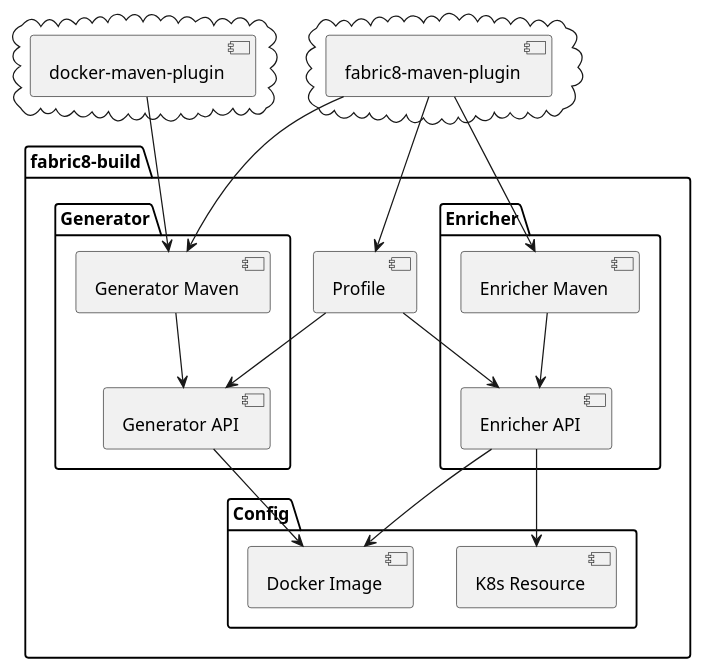
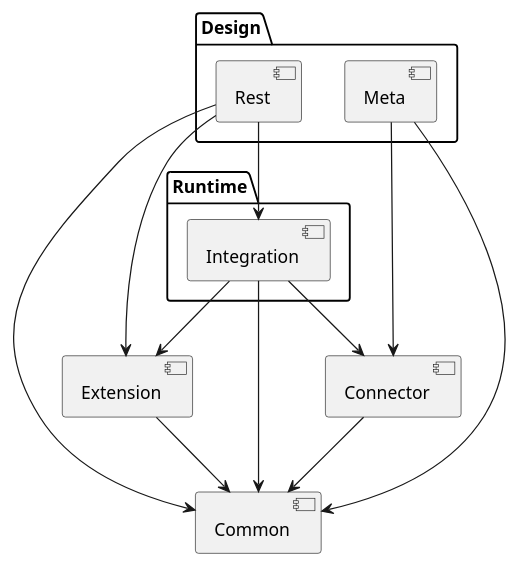
One commit to syndesisio/syndesis changed the diagram in doc/sdh/development/groups.plantuml. Above: the diagram before and after it, drawn with PlantUML. The commit also changed 3 other files, not shown here.

Commit message:
feature(doc): Added a diagram for groups

```diff
--- a/doc/sdh/development/groups.plantuml
+++ b/doc/sdh/development/groups.plantuml
@@ -1,35 +1,29 @@
 @startuml
 ' tag::uml[]
-package "fabric8-build" {
 
-  package "Config" {
-    [K8s Resource]
-    [Docker Image]
-  }
-
-  package "Generator" {
-    [Generator Maven] --> [Generator API]
-    [Generator API] --> [Docker Image]
-  }
-
-  package "Enricher" {
-    [Enricher Maven] --> [Enricher API]
-    [Enricher API] --> [K8s Resource]
-    [Enricher API] --> [Docker Image]
-  }
-
-  [Profile] --> [Generator API]
-  [Profile] --> [Enricher API]
+package "Design" {
+  [Rest]
+  [Meta]
 }
 
-cloud {
-  [docker-maven-plugin] --> [Generator Maven]
+package "Runtime" {
+  [Integration]
 }
 
-cloud {
-  [fabric8-maven-plugin] --> [Generator Maven]
-  [fabric8-maven-plugin] --> [Enricher Maven]
-  [fabric8-maven-plugin] --> [Profile]
-}
+[Common]
+[Connector] --> [Common]
+[Extension] --> [Common]
+
+[Integration] --> [Common]
+[Integration] --> [Extension]
+[Integration] --> [Connector]
+
+[Rest] --> [Common]
+[Rest] --> [Extension]
+[Rest] --> [Integration]
+
+[Meta] --> [Common]
+[Meta] --> [Connector]
+
 ' end::uml[]
 @enduml
```
